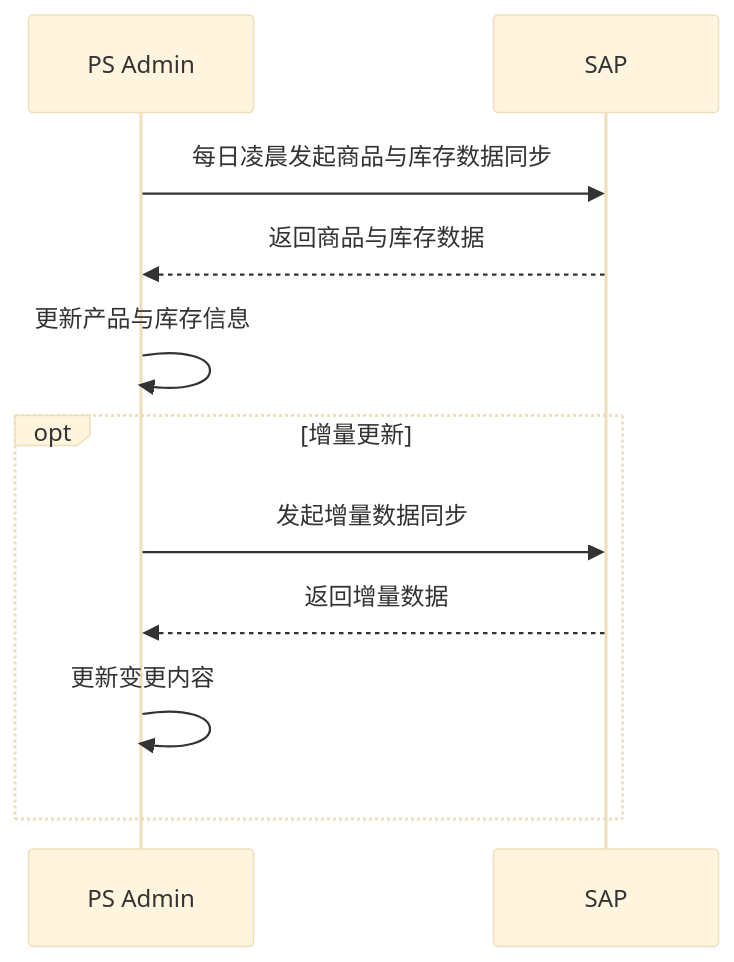
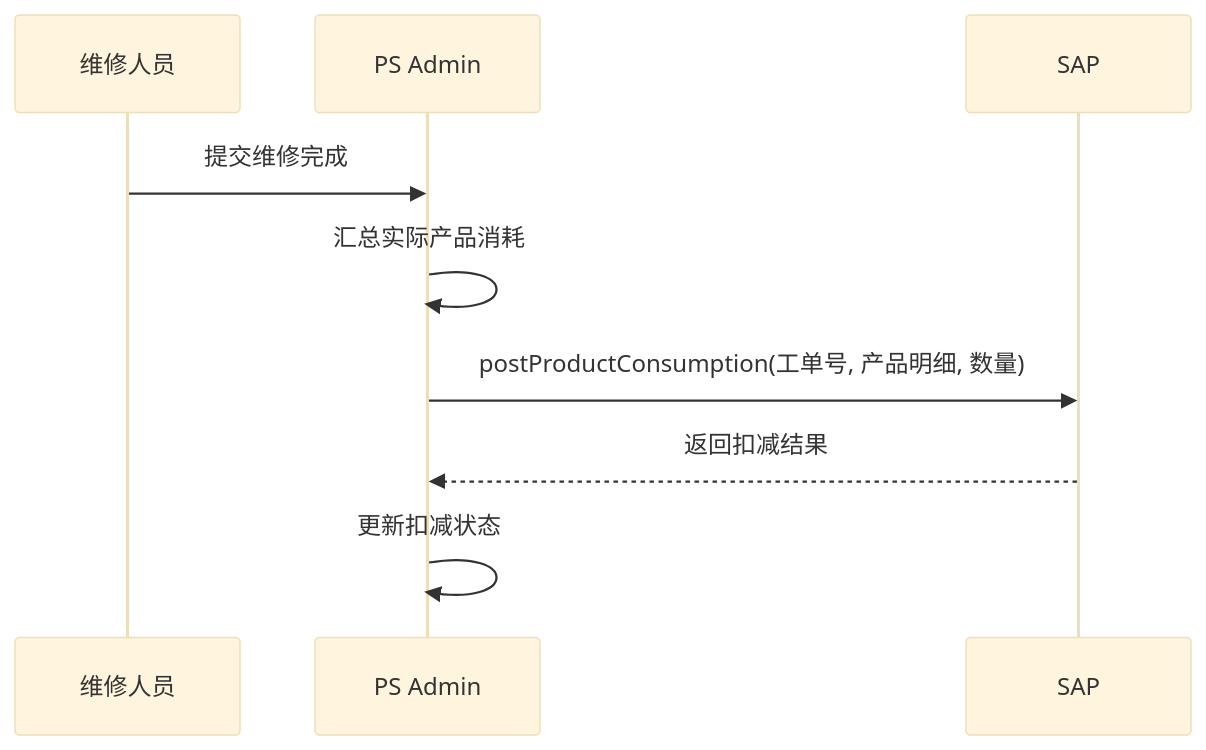
One commit to guguohai/gmps changed diagram 17 of 38 in 文档/GM系统需求说明.md. Above: the diagram before and after it, drawn with Mermaid (base theme). The commit also changed other lines of this file, not shown here.

````diff
--- a/文档/GM系统需求说明.md
+++ b/文档/GM系统需求说明.md
@@ -947,15 +821,12 @@
 ```mermaid
 sequenceDiagram
-participant A as PS Admin
-participant S as SAP
+    participant R as 维修人员
+    participant PS as PS Admin
+    participant SAP as SAP
 
-A ->> S: 每日凌晨发起商品与库存数据同步
-S -->> A: 返回商品与库存数据
-A ->> A: 更新产品与库存信息
-
-opt 增量更新
-    A ->> S: 发起增量数据同步
-    S -->> A: 返回增量数据
-    A ->> A: 更新变更内容
-end
+    R->>PS: 提交维修完成
+    PS->>PS: 汇总实际产品消耗
+    PS->>SAP: postProductConsumption(工单号, 产品明细, 数量)
+    SAP-->>PS: 返回扣减结果
+    PS->>PS: 更新扣减状态
 ```
````
